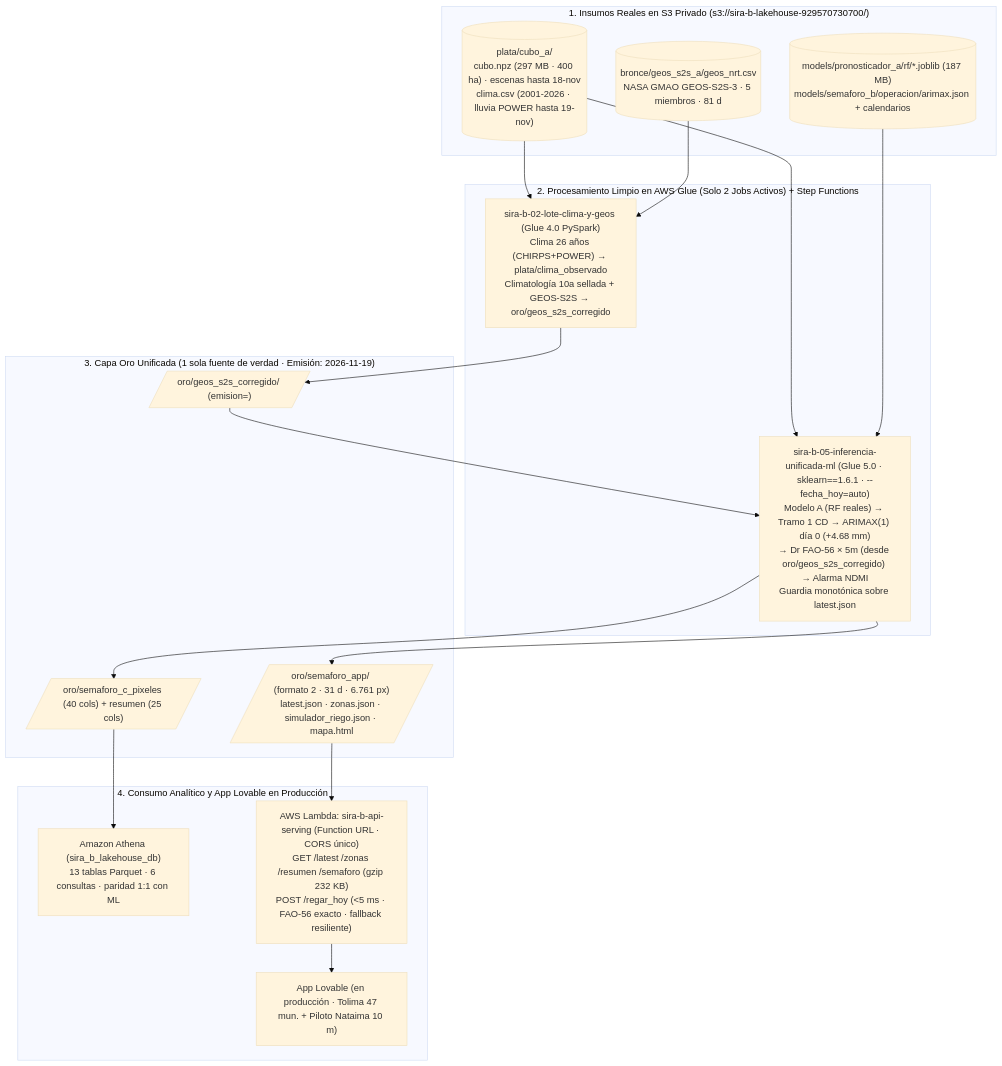
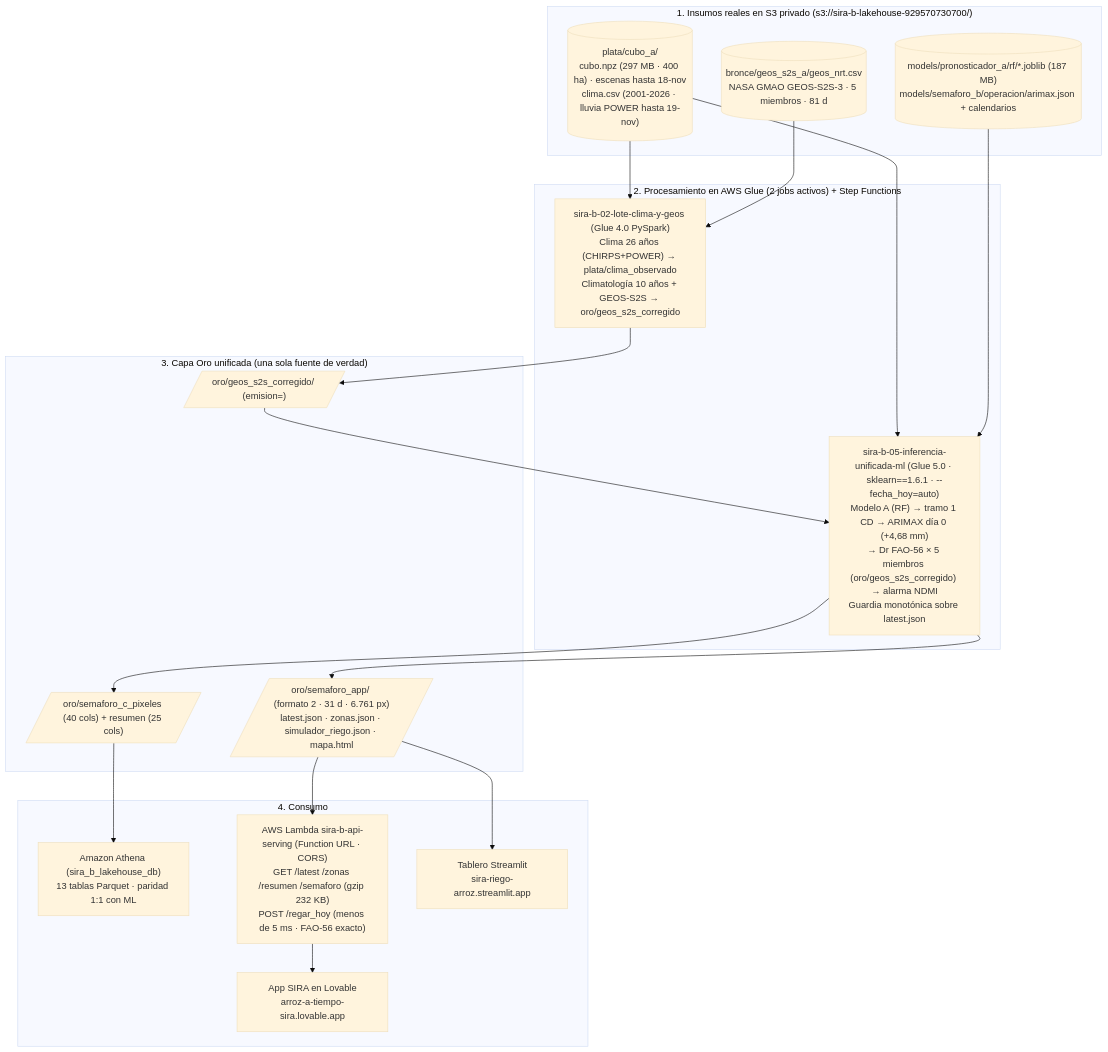
One commit to GomSal/SIRA changed the diagram in README.md. Above: the diagram before and after it, drawn with Mermaid (base theme). The commit also changed other lines of this file and 1 other file, not shown here.

Commit message:
docs(main): README como guía completa del proyecto (app, tablero, repo del tablero, presentación, mapa de ramas y carpetas, evaluación de los modelos A y B) y presentación final en docs/presentacion

````diff
--- a/README.md
+++ b/README.md
@@ -60,33 +256,35 @@
 ```mermaid
 flowchart TB
-  subgraph SRC["1. Insumos Reales en S3 Privado (s3://sira-b-lakehouse-929570730700/)"]
+  subgraph SRC["1. Insumos reales en S3 privado (s3://sira-b-lakehouse-929570730700/)"]
     CUBO[("plata/cubo_a/<br/>cubo.npz (297 MB · 400 ha) · escenas hasta 18-nov<br/>clima.csv (2001-2026 · lluvia POWER hasta 19-nov)")]
     GEOS[("bronce/geos_s2s_a/geos_nrt.csv<br/>NASA GMAO GEOS-S2S-3 · 5 miembros · 81 d")]
     MODS[("models/pronosticador_a/rf/*.joblib (187 MB)<br/>models/semaforo_b/operacion/arimax.json + calendarios")]
   end
 
-  subgraph GLUE["2. Procesamiento Limpio en AWS Glue (Solo 2 Jobs Activos) + Step Functions"]
-    J2["sira-b-02-lote-clima-y-geos (Glue 4.0 PySpark)<br/>Clima 26 años (CHIRPS+POWER) → plata/clima_observado<br/>Climatología 10a sellada + GEOS-S2S → oro/geos_s2s_corregido"]
-    J5["sira-b-05-inferencia-unificada-ml (Glue 5.0 · sklearn==1.6.1 · --fecha_hoy=auto)<br/>Modelo A (RF reales) → Tramo 1 CD → ARIMAX(1) día 0 (+4.68 mm)<br/>→ Dr FAO-56 × 5m (desde oro/geos_s2s_corregido) → Alarma NDMI<br/>Guardia monotónica sobre latest.json"]
+  subgraph GLUE["2. Procesamiento en AWS Glue (2 jobs activos) + Step Functions"]
+    J2["sira-b-02-lote-clima-y-geos (Glue 4.0 PySpark)<br/>Clima 26 años (CHIRPS+POWER) → plata/clima_observado<br/>Climatología 10 años + GEOS-S2S → oro/geos_s2s_corregido"]
+    J5["sira-b-05-inferencia-unificada-ml (Glue 5.0 · sklearn==1.6.1 · --fecha_hoy=auto)<br/>Modelo A (RF) → tramo 1 CD → ARIMAX día 0 (+4,68 mm)<br/>→ Dr FAO-56 × 5 miembros (oro/geos_s2s_corregido) → alarma NDMI<br/>Guardia monotónica sobre latest.json"]
   end
 
-  subgraph GOLD["3. Capa Oro Unificada (1 sola fuente de verdad · Emisión: 2026-11-19)"]
+  subgraph GOLD["3. Capa Oro unificada (una sola fuente de verdad)"]
     O_GEOS[/"oro/geos_s2s_corregido/ (emision=)"/]
     O_PARQ[/"oro/semaforo_c_pixeles (40 cols) + resumen (25 cols)"/]
     O_APP[/"oro/semaforo_app/ (formato 2 · 31 d · 6.761 px)<br/>latest.json · zonas.json · simulador_riego.json · mapa.html"/]
   end
 
-  subgraph SERVE["4. Consumo Analítico y App Lovable en Producción"]
-    ATH["Amazon Athena (sira_b_lakehouse_db)<br/>13 tablas Parquet · 6 consultas · paridad 1:1 con ML"]
-    LAM["AWS Lambda: sira-b-api-serving (Function URL · CORS único)<br/>GET /latest /zonas /resumen /semaforo (gzip 232 KB)<br/>POST /regar_hoy (<5 ms · FAO-56 exacto · fallback resiliente)"]
-    APP["App Lovable (en producción · Tolima 47 mun. + Piloto Nataima 10 m)"]
+  subgraph SERVE["4. Consumo"]
+    ATH["Amazon Athena (sira_b_lakehouse_db)<br/>13 tablas Parquet · paridad 1:1 con ML"]
+    LAM["AWS Lambda sira-b-api-serving (Function URL · CORS)<br/>GET /latest /zonas /resumen /semaforo (gzip 232 KB)<br/>POST /regar_hoy (menos de 5 ms · FAO-56 exacto)"]
+    APP["App SIRA en Lovable<br/>arroz-a-tiempo-sira.lovable.app"]
+    DASH["Tablero Streamlit<br/>sira-riego-arroz.streamlit.app"]
   end
 
   CUBO --> J2 --> O_GEOS
   GEOS --> J2
   CUBO --> J5
   MODS --> J5
   O_GEOS --> J5
   J5 --> O_PARQ --> ATH
   J5 --> O_APP --> LAM --> APP
+  O_APP --> DASH
 ```
````
